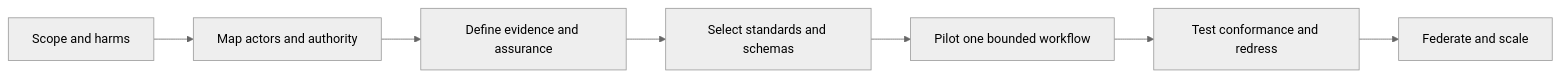
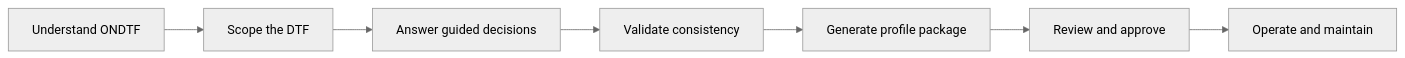
One commit to sankarshanmukhopadhyay/open-national-digital-trust-framework changed the diagram in artifacts/mermaid/docs__adoption__index__1.mmd. Above: the diagram before and after it, drawn with Mermaid (neutral theme). The commit also changed 32 other files, not shown here.

```diff
--- a/artifacts/mermaid/docs__adoption__index__1.mmd
+++ b/artifacts/mermaid/docs__adoption__index__1.mmd
@@ -1,7 +1,7 @@
 flowchart LR
-  S0[Scope and harms] --> S1[Map actors and authority]
-  S1 --> S2[Define evidence and assurance]
-  S2 --> S3[Select standards and schemas]
-  S3 --> S4[Pilot one bounded workflow]
-  S4 --> S5[Test conformance and redress]
-  S5 --> S6[Federate and scale]
+  U[Understand ONDTF] --> S[Scope the DTF]
+  S --> Q[Answer guided decisions]
+  Q --> V[Validate consistency]
+  V --> G[Generate profile package]
+  G --> R[Review and approve]
+  R --> O[Operate and maintain]
```
